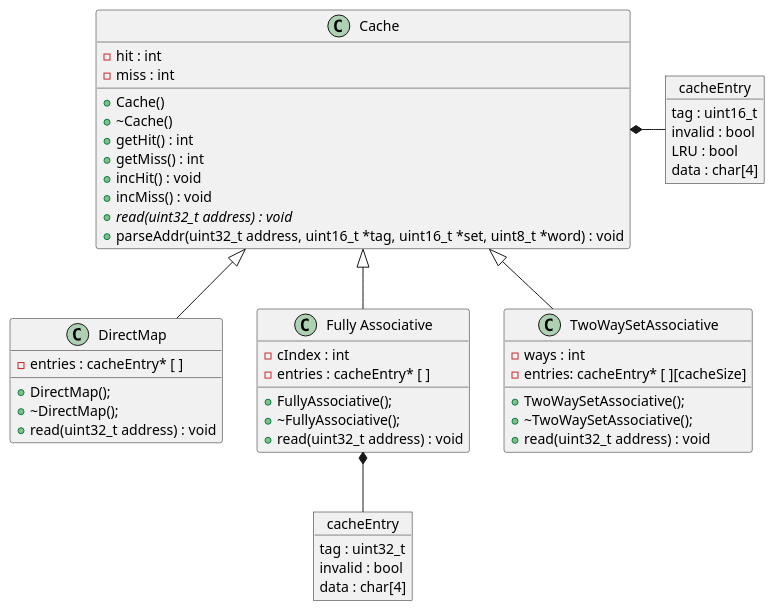
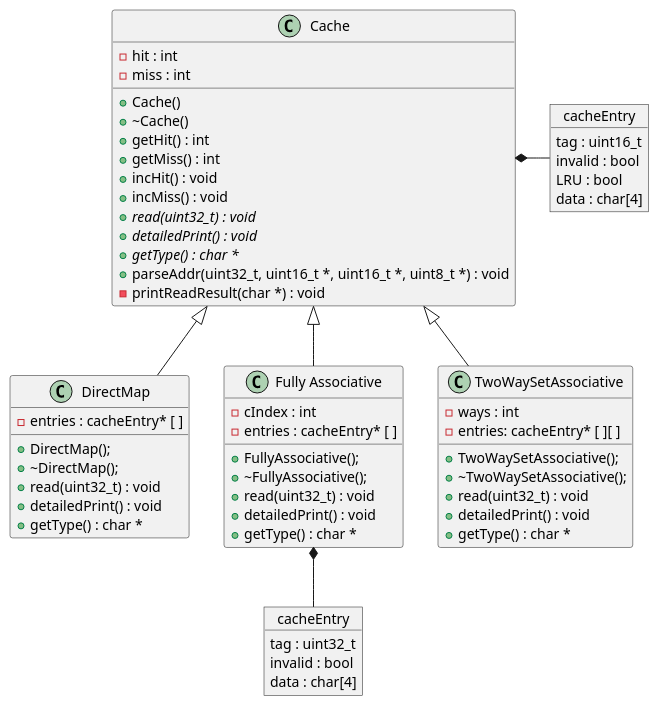
The diagram in uml/uml.plantUML (Pieloaf/cache-simulator), drawn with PlantUML before and after one commit.

Commit message:
updated uml to match changes

```diff
--- a/uml/uml.plantUML
+++ b/uml/uml.plantUML
@@ -1,52 +1,61 @@
 @startuml Cache Simulator
 class   "Cache" as c
 class   "DirectMap" as dm
 class   "Fully Associative" as fa
 class   "TwoWaySetAssociative" as sa
 object  "cacheEntry" as ce
 object  "cacheEntry" as FaCe
 
 c <|-- dm
 c <|-- fa
 c <|-- sa
 c *- ce
 fa *-- FaCe
 
 c : -hit : int
 c : -miss : int
 c : +Cache()
 c : +~Cache()
 c : +getHit() : int
 c : +getMiss() : int
 c : +incHit() : void
 c : +incMiss() : void
-c : {abstract} + read(uint32_t address) : void
-c : +parseAddr(uint32_t address, uint16_t *tag, uint16_t *set, uint8_t *word) : void
+c : {abstract} + read(uint32_t) : void
+c : {abstract} + detailedPrint() : void
+c : {abstract} + getType() : char *
+c : +parseAddr(uint32_t, uint16_t *, uint16_t *, uint8_t *) : void
+c : -printReadResult(char *) : void
 
 fa : +FullyAssociative();
 fa : +~FullyAssociative();
-fa : +read(uint32_t address) : void
+fa : +read(uint32_t) : void
+fa : +detailedPrint() : void
+fa : +getType() : char *
 fa : -cIndex : int
 fa : -entries : cacheEntry* [ ]
 
 dm : +DirectMap();
 dm : +~DirectMap();
-dm : +read(uint32_t address) : void
+dm : +read(uint32_t) : void
+dm : +detailedPrint() : void
+dm : +getType() : char *
 dm : -entries : cacheEntry* [ ]
 
 sa : +TwoWaySetAssociative();
 sa : +~TwoWaySetAssociative();
-sa : +read(uint32_t address) : void
+sa : +read(uint32_t) : void
+sa : +detailedPrint() : void
+sa : +getType() : char *
 sa : -ways : int
-sa : -entries: cacheEntry* [ ][cacheSize] 
+sa : -entries: cacheEntry* [ ][ ] 
 
 ce : tag : uint16_t
 ce : invalid : bool
 ce : LRU : bool
 ce : data : char[4]
 
 FaCe : tag : uint32_t
 FaCe : invalid : bool
 FaCe : data : char[4]
 
 @enduml
```
